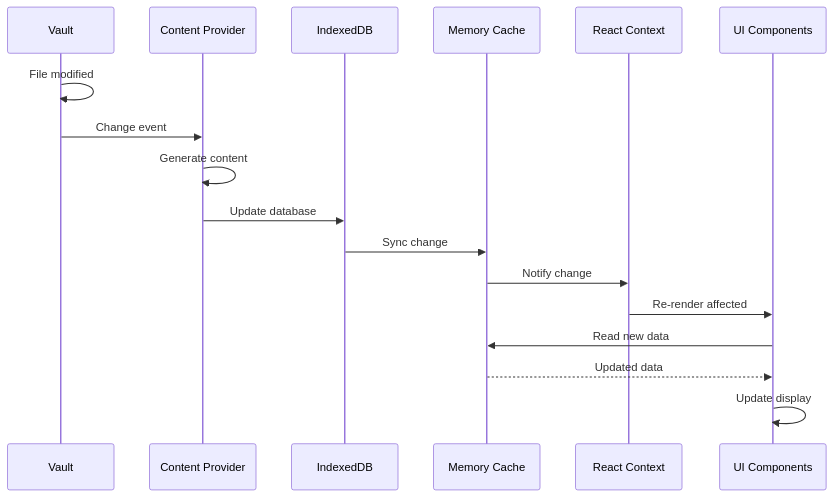
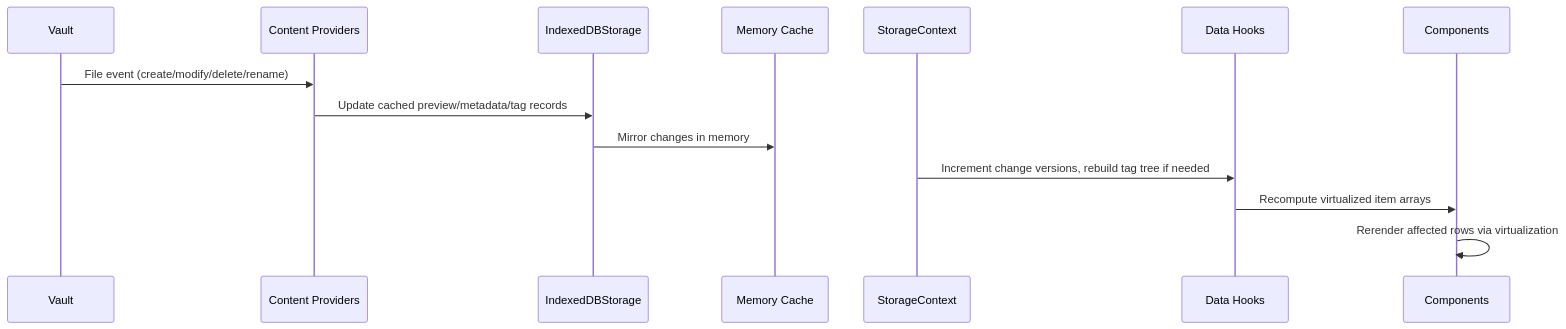
One commit to psxvoid/notebook-navigator changed the third of 4 diagrams in docs/rendering-architecture.md. Above: the diagram before and after it, drawn with Mermaid. The commit also changed other lines of this file and 3 other files, not shown here.

````diff
--- a/docs/rendering-architecture.md
+++ b/docs/rendering-architecture.md
@@ -516,20 +438,17 @@
 ```mermaid
 sequenceDiagram
     participant V as Vault
-    participant CP as Content Provider
-    participant DB as IndexedDB
+    participant CP as Content Providers
+    participant DB as IndexedDBStorage
     participant MC as Memory Cache
-    participant RC as React Context
-    participant UI as UI Components
+    participant ST as StorageContext
+    participant DH as Data Hooks
+    participant UI as Components
 
-    V->>V: File modified
-    V->>CP: Change event
-    CP->>CP: Generate content
-    CP->>DB: Update database
-    DB->>MC: Sync change
-    MC->>RC: Notify change
-    RC->>UI: Re-render affected
-    UI->>MC: Read new data
-    MC-->>UI: Updated data
-    UI->>UI: Update display
+    V->>CP: File event (create/modify/delete/rename)
+    CP->>DB: Update cached preview/metadata/tag records
+    DB->>MC: Mirror changes in memory
+    ST->>DH: Increment change versions, rebuild tag tree if needed
+    DH->>UI: Recompute virtualized item arrays
+    UI->>UI: Rerender affected rows via virtualization
 ```
````
